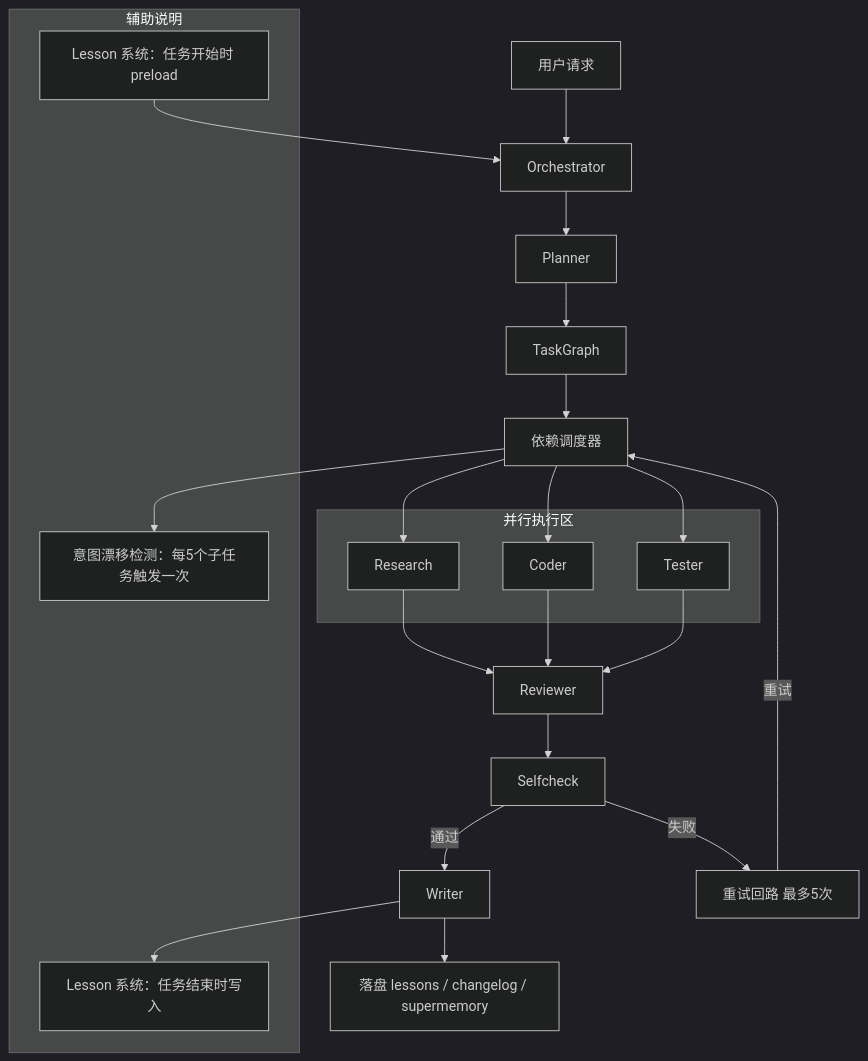
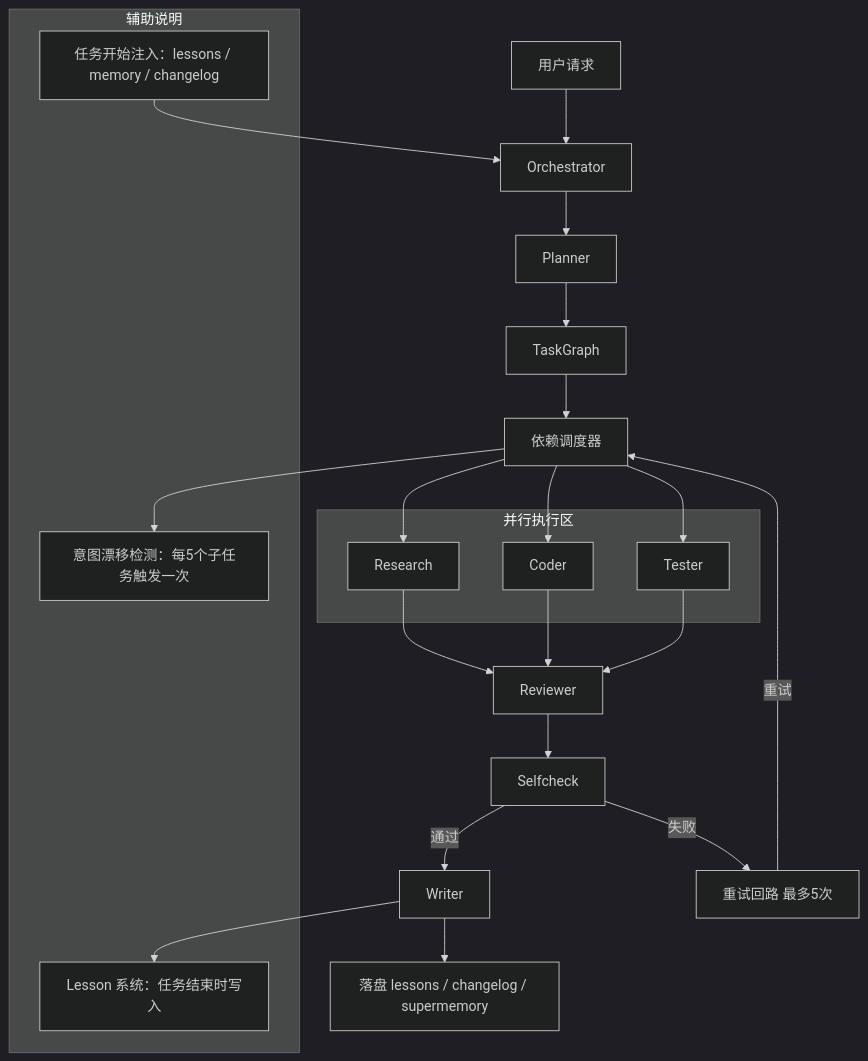
The diagram in README.md (Wholiver/codemate), drawn with Mermaid (dark theme) before and after one commit. The commit also changed 1 other file, not shown here.

Commit message:
docs: include memory and changelog in preload note

````diff
--- a/README.md
+++ b/README.md
@@ -61,38 +61,38 @@
 ```mermaid
 flowchart TD
   request[用户请求] --> orchestrator[Orchestrator]
   orchestrator --> planner[Planner]
   planner --> task_graph[TaskGraph]
   task_graph --> scheduler[依赖调度器]
 
   subgraph parallel[并行执行区]
     research[Research]
     coder[Coder]
     tester[Tester]
   end
 
   scheduler --> research
   scheduler --> coder
   scheduler --> tester
 
   research --> reviewer[Reviewer]
   coder --> reviewer
   tester --> reviewer
 
   reviewer --> selfcheck[Selfcheck]
   selfcheck -->|通过| writer[Writer]
   selfcheck -->|失败| retry_loop[重试回路 最多5次]
   retry_loop -->|重试| scheduler
 
   writer --> persistence[落盘 lessons / changelog / supermemory]
 
   subgraph notes[辅助说明]
-    preload_note[Lesson 系统：任务开始时 preload]
+    preload_note[任务开始注入：lessons / memory / changelog]
     write_note[Lesson 系统：任务结束时写入]
     drift_note[意图漂移检测：每5个子任务触发一次]
   end
 
   preload_note --> orchestrator
   writer --> write_note
   scheduler --> drift_note
 ```
````
